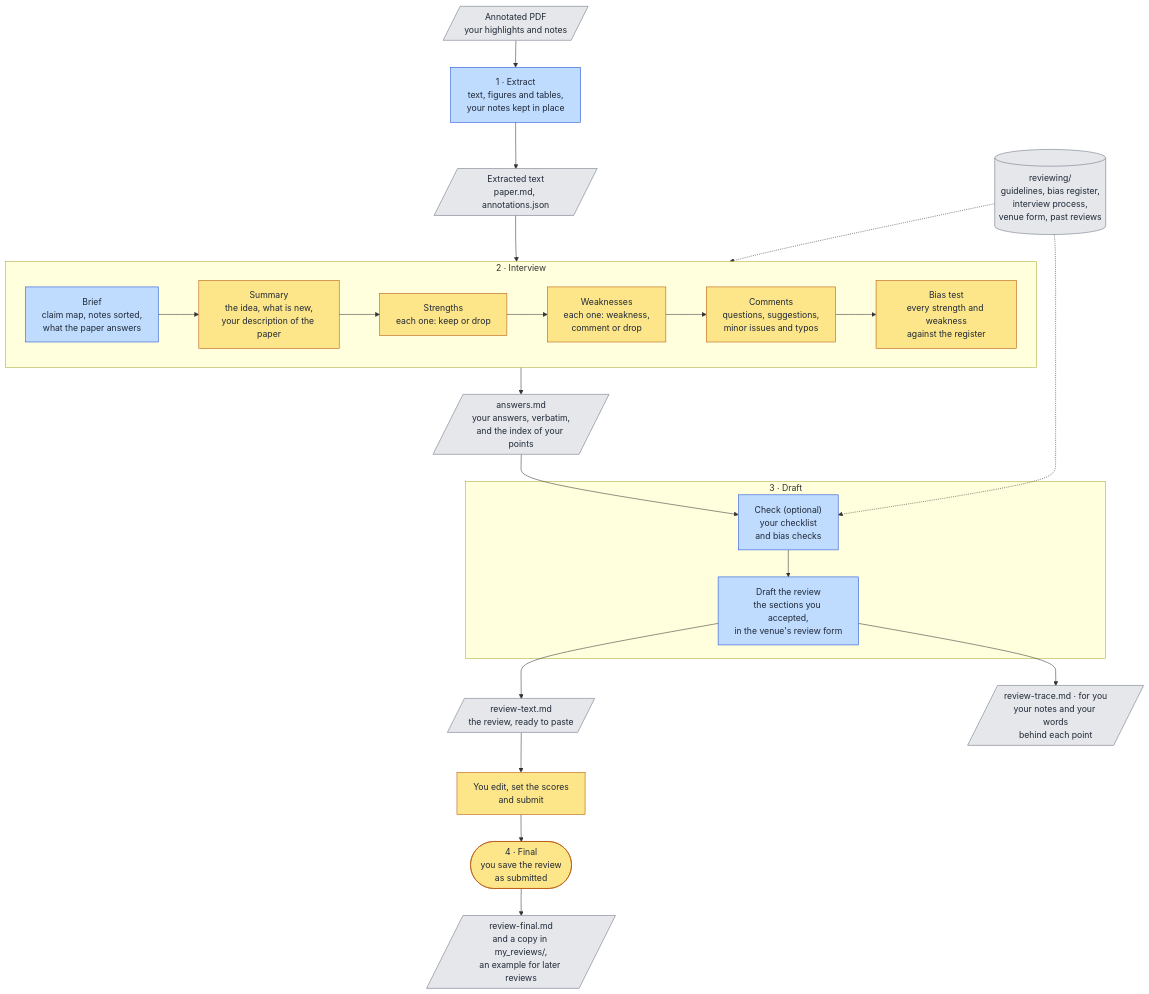
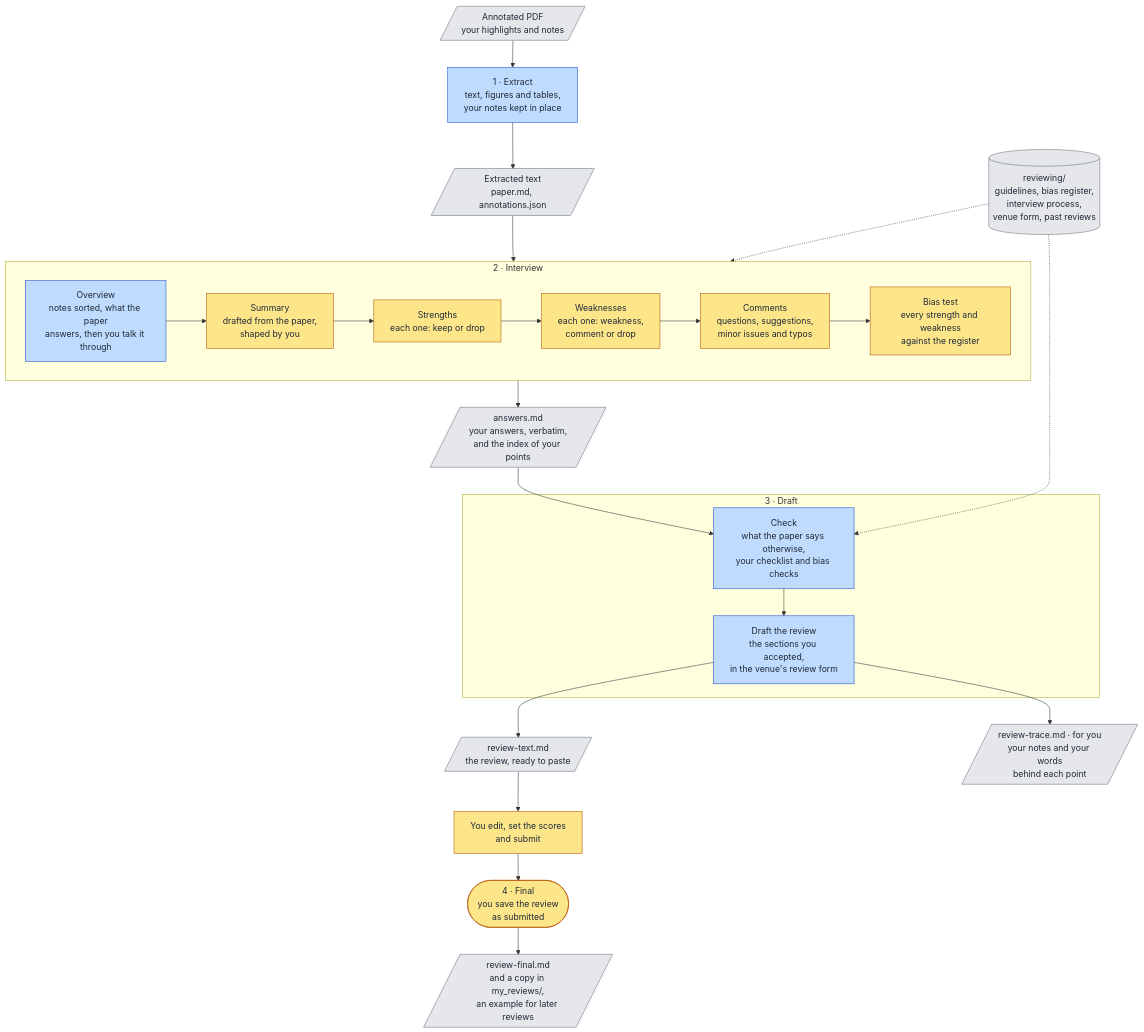
One commit to FJFehr/debrief changed the diagram in docs/review-interview.md. Above: the diagram before and after it, drawn with Mermaid. The commit also changed other lines of this file and 12 other files, not shown here.

````diff
--- a/docs/review-interview.md
+++ b/docs/review-interview.md
@@ -44,42 +56,42 @@
 ```mermaid
 flowchart TD
     PDF[/"Annotated PDF<br/>your highlights and notes"/]:::file
     EX["1 · Extract<br/>text, figures and tables,<br/>your notes kept in place"]:::tool
     MD[/"Extracted text<br/>paper.md, annotations.json"/]:::file
     GUIDE[("reviewing/<br/>guidelines, bias register,<br/>interview process,<br/>venue form, past reviews")]:::file
 
     subgraph INT["2 · Interview"]
-        B["Brief<br/>claim map, notes sorted,<br/>what the paper answers"]:::tool
-        SUM["Summary<br/>the idea, what is new,<br/>your description of the paper"]:::you
+        B["Overview<br/>notes sorted, what the paper<br/>answers, then you talk it through"]:::tool
+        SUM["Summary<br/>drafted from the paper,<br/>shaped by you"]:::you
         STR["Strengths<br/>each one: keep or drop"]:::you
         WEAK["Weaknesses<br/>each one: weakness,<br/>comment or drop"]:::you
         COM["Comments<br/>questions, suggestions,<br/>minor issues and typos"]:::you
         BIAS["Bias test<br/>every strength and weakness<br/>against the register"]:::you
         B --> SUM --> STR --> WEAK --> COM --> BIAS
     end
 
     REC[/"answers.md<br/>your answers, verbatim,<br/>and the index of your points"/]:::file
 
     subgraph DRAFT["3 · Draft"]
-        CHK["Check (optional)<br/>your checklist<br/>and bias checks"]:::tool
+        CHK["Check<br/>what the paper says otherwise,<br/>your checklist and bias checks"]:::tool
         DR["Draft the review<br/>the sections you accepted,<br/>in the venue's review form"]:::tool
         CHK --> DR
     end
 
     REV[/"review-text.md<br/>the review, ready to paste"/]:::file
     TR[/"review-trace.md · for you<br/>your notes and your words<br/>behind each point"/]:::file
     OUT["You edit, set the scores<br/>and submit"]:::you
     FIN(["4 · Final<br/>you save the review<br/>as submitted"]):::you
     KEEP[/"review-final.md<br/>and a copy in my_reviews/,<br/>an example for later reviews"/]:::file
 
     PDF --> EX --> MD --> INT
     INT --> REC --> CHK
     DR --> REV --> OUT --> FIN --> KEEP
     DR --> TR
     GUIDE -.-> INT
     GUIDE -.-> CHK
 
     classDef you fill:#fde68a,stroke:#b45309,color:#1f2937
     classDef tool fill:#bfdbfe,stroke:#1d4ed8,color:#1f2937
     classDef file fill:#e5e7eb,stroke:#6b7280,color:#1f2937
 ```
````
